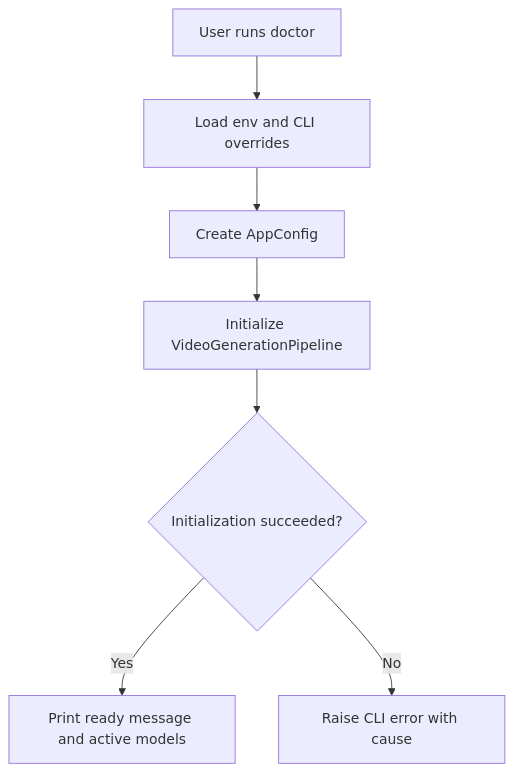
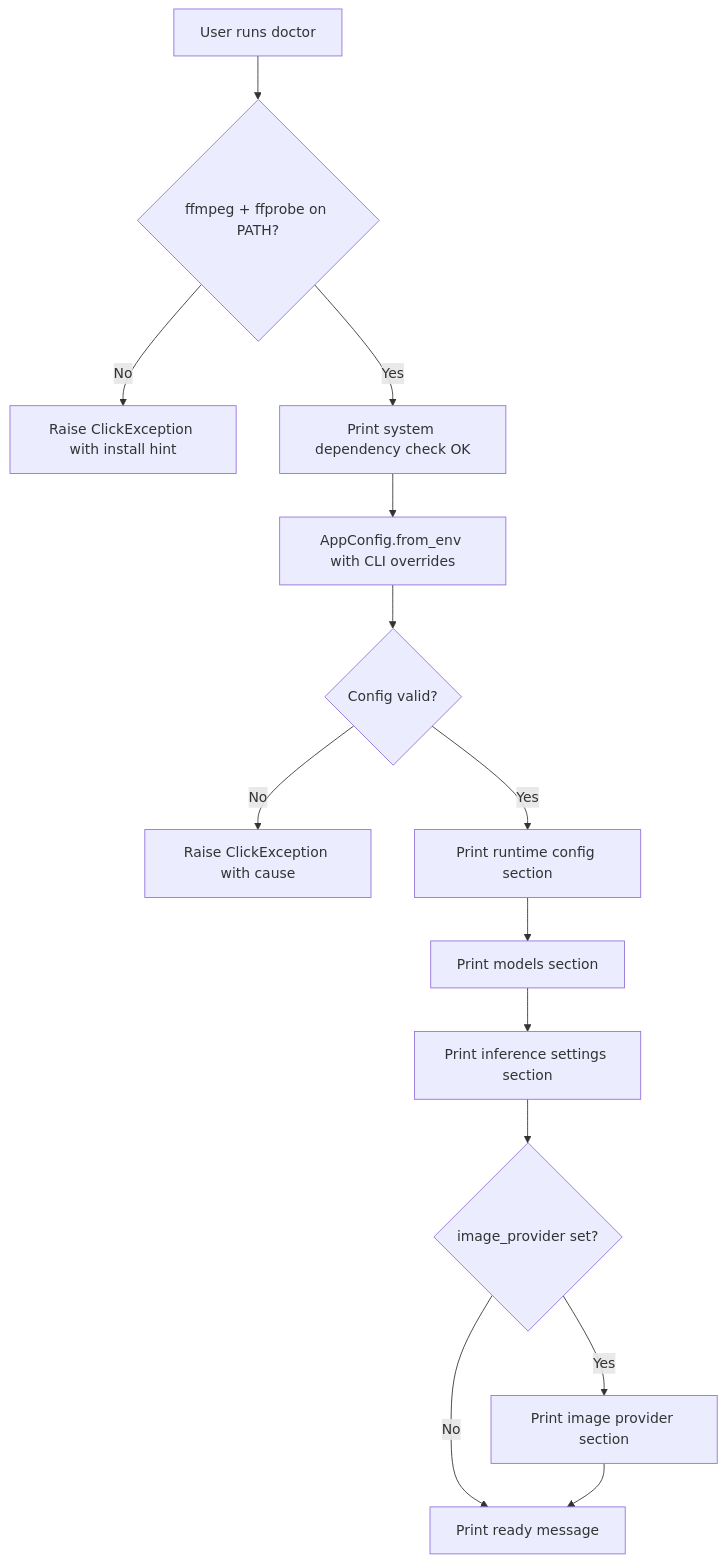
One commit to apsamuel/content-creator changed the diagram in docs/commands/doctor.md. Above: the diagram before and after it, drawn with Mermaid. The commit also changed other lines of this file and 5 other files, not shown here.

````diff
--- a/docs/commands/doctor.md
+++ b/docs/commands/doctor.md
@@ -27,9 +92,16 @@
 ```mermaid
 flowchart TD
-    A[User runs doctor] --> B[Load env and CLI overrides]
-    B --> C[Create AppConfig]
-    C --> D[Initialize VideoGenerationPipeline]
-    D --> E{Initialization succeeded?}
-    E -->|Yes| F[Print ready message and active models]
-    E -->|No| G[Raise CLI error with cause]
+    A[User runs doctor] --> B{ffmpeg + ffprobe on PATH?}
+    B -->|No| C[Raise ClickException with install hint]
+    B -->|Yes| D[Print system dependency check OK]
+    D --> E[AppConfig.from_env with CLI overrides]
+    E --> F{Config valid?}
+    F -->|No| G[Raise ClickException with cause]
+    F -->|Yes| H[Print runtime config section]
+    H --> I[Print models section]
+    I --> J[Print inference settings section]
+    J --> K{image_provider set?}
+    K -->|Yes| L[Print image provider section]
+    K -->|No| M[Print ready message]
+    L --> M
 ```
````
